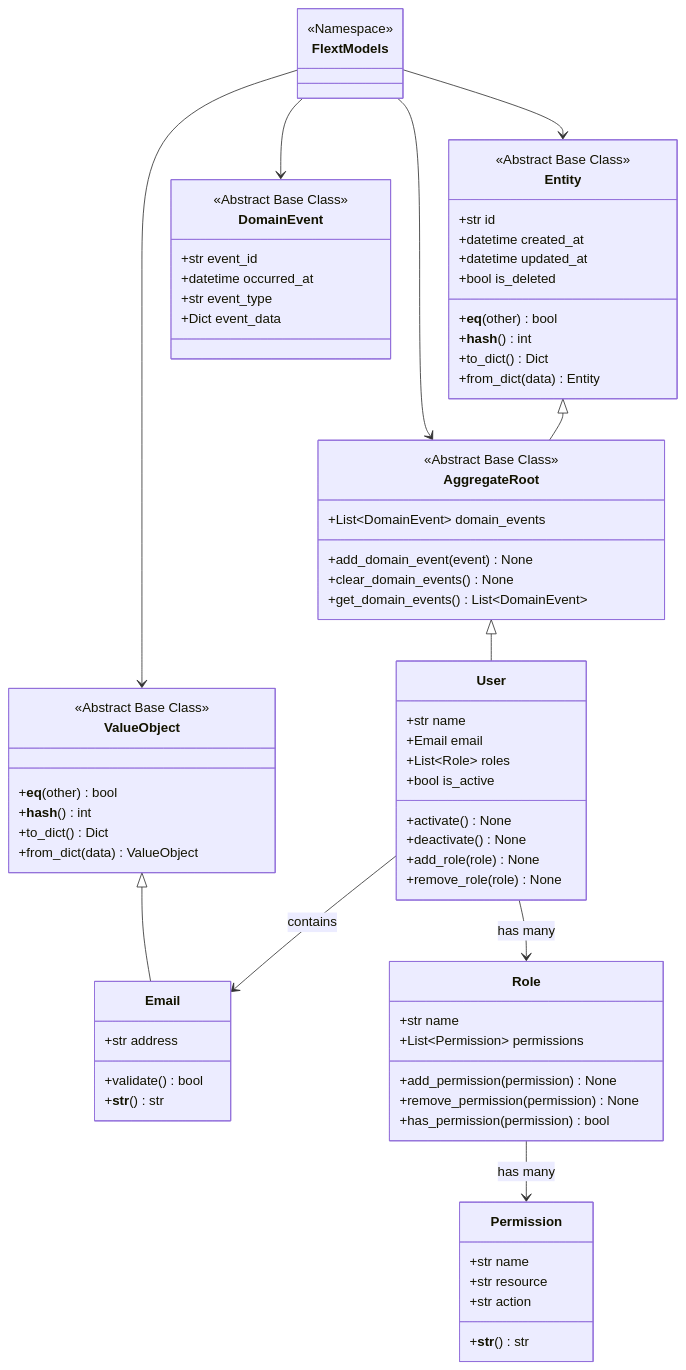
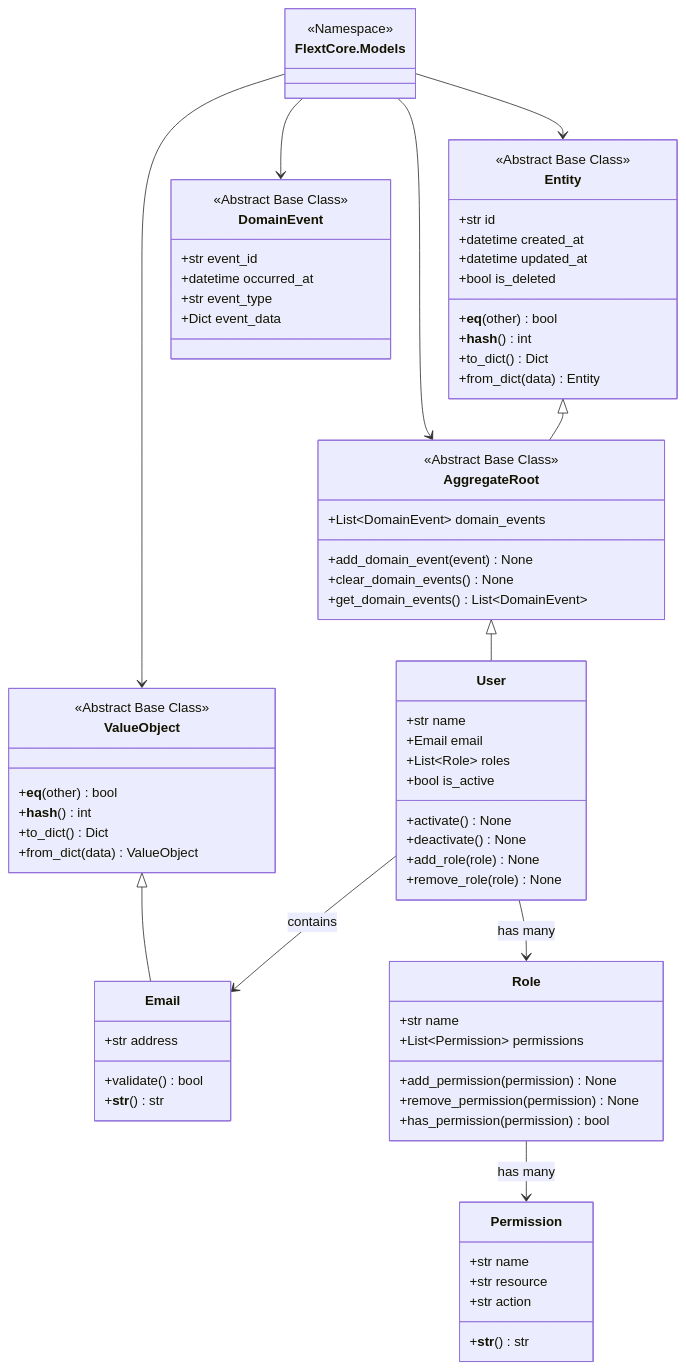
The third of 10 diagrams in docs/architecture/c4-model/code-diagrams.md (flext-sh/flext), drawn with Mermaid before and after one commit. The commit also changed other lines of this file and 204 other files, not shown here.

````diff
--- a/docs/architecture/c4-model/code-diagrams.md
+++ b/docs/architecture/c4-model/code-diagrams.md
@@ -90,9 +90,9 @@
 ```mermaid
 classDiagram
-    class FlextModels {
+    class FlextCore.Models {
         <<Namespace>>
     }
-    
+
     class Entity {
         <<Abstract Base Class>>
         +str id
@@ -104,7 +104,7 @@
         +to_dict() Dict
         +from_dict(data) Entity
     }
-    
+
     class ValueObject {
         <<Abstract Base Class>>
         +__eq__(other) bool
@@ -112,7 +112,7 @@
         +to_dict() Dict
         +from_dict(data) ValueObject
     }
-    
+
     class AggregateRoot {
         <<Abstract Base Class>>
         +List~DomainEvent~ domain_events
@@ -120,7 +120,7 @@
         +clear_domain_events() None
         +get_domain_events() List~DomainEvent~
     }
-    
+
     class DomainEvent {
         <<Abstract Base Class>>
         +str event_id
@@ -128,7 +128,7 @@
         +str event_type
         +Dict event_data
     }
-    
+
     class User {
         +str name
         +Email email
@@ -139,13 +139,13 @@
         +add_role(role) None
         +remove_role(role) None
     }
-    
+
     class Email {
         +str address
         +validate() bool
         +__str__() str
     }
-    
+
     class Role {
         +str name
         +List~Permission~ permissions
@@ -153,19 +153,19 @@
         +remove_permission(permission) None
         +has_permission(permission) bool
     }
-    
+
     class Permission {
         +str name
         +str resource
         +str action
         +__str__() str
     }
-    
-    FlextModels --> Entity
-    FlextModels --> ValueObject
-    FlextModels --> AggregateRoot
-    FlextModels --> DomainEvent
-    
+
+    FlextCore.Models --> Entity
+    FlextCore.Models --> ValueObject
+    FlextCore.Models --> AggregateRoot
+    FlextCore.Models --> DomainEvent
+
     Entity <|-- AggregateRoot
     ValueObject <|-- Email
     AggregateRoot <|-- User
````
